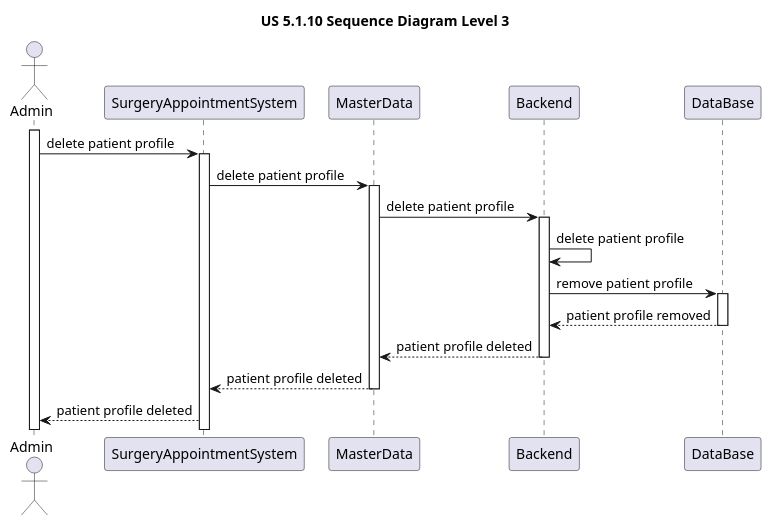
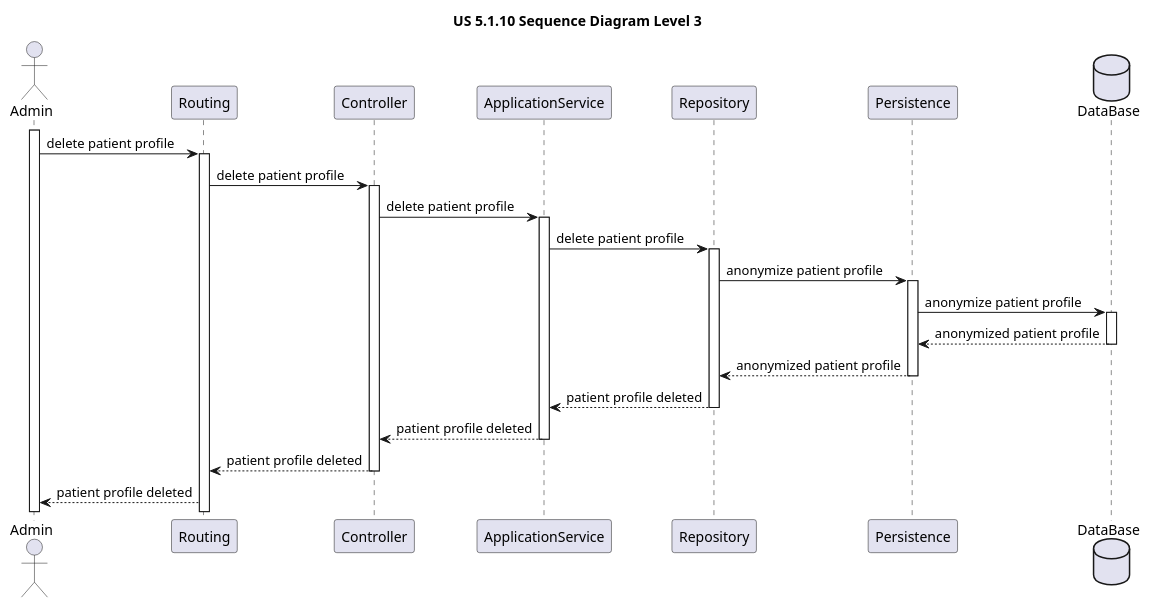
One commit to MateusCabral2004/sem5pi changed the diagram in docs/Sprint 1/US 5.1.10/Sequence Diagrams/Level3/SD_Level3.puml. Above: the diagram before and after it, drawn with PlantUML. The commit also changed 7 other files, not shown here.

Commit message:
#23 sequence diagram level 1

```diff
--- a/docs/Sprint 1/US 5.1.10/Sequence Diagrams/Level3/SD_Level3.puml
+++ b/docs/Sprint 1/US 5.1.10/Sequence Diagrams/Level3/SD_Level3.puml
@@ -1,42 +1,55 @@
 @startuml
 
 title US 5.1.10 Sequence Diagram Level 3
 
 actor Admin
-participant SurgeryAppointmentSystem
-participant MasterData
-participant Backend
-participant DataBase
+participant Routing
+participant Controller
+participant ApplicationService
+participant Repository
+participant Persistence
+database DataBase
 
 activate Admin
 
-Admin -> SurgeryAppointmentSystem: delete patient profile
+Admin -> Routing: delete patient profile
 
-activate SurgeryAppointmentSystem
+activate Routing
 
-SurgeryAppointmentSystem -> MasterData: delete patient profile
+Routing -> Controller: delete patient profile
 
-activate MasterData
+activate Controller
 
-MasterData -> Backend: delete patient profile
-activate Backend
+Controller -> ApplicationService: delete patient profile
+activate ApplicationService
 
-Backend -> Backend: delete patient profile
+ApplicationService -> Repository: delete patient profile
+activate Repository
 
-Backend -> DataBase: remove patient profile
+Repository -> Persistence:anonymize patient profile
+activate Persistence
+
+Persistence ->DataBase:anonymize patient profile
 activate DataBase
 
-DataBase --> Backend: patient profile removed
+DataBase -->Persistence: anonymized patient profile
 deactivate DataBase
 
-Backend --> MasterData: patient profile deleted
+Persistence --> Repository:anonymized patient profile
+deactivate Persistence
 
-deactivate Backend
 
-MasterData --> SurgeryAppointmentSystem: patient profile deleted
+Repository --> ApplicationService: patient profile deleted
+deactivate Repository
 
-deactivate MasterData
+ApplicationService --> Controller: patient profile deleted
 
-SurgeryAppointmentSystem --> Admin: patient profile deleted
+deactivate ApplicationService
+
+Controller --> Routing: patient profile deleted
+
+deactivate Controller
+
+Routing --> Admin: patient profile deleted
 
 @enduml
```
